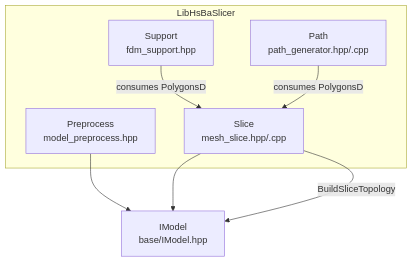
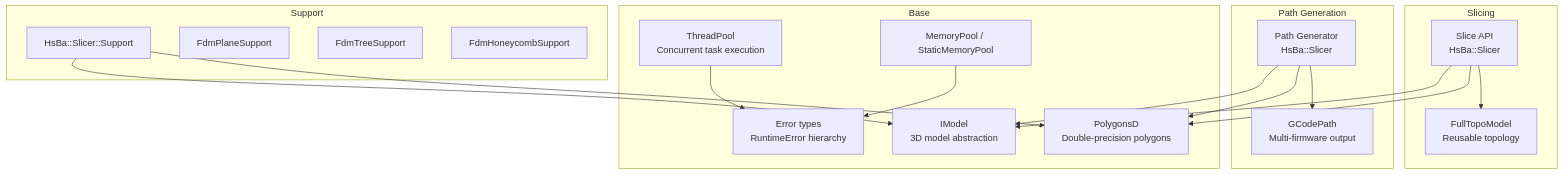
The first of 8 diagrams in .qoder/repowiki/en/content/API Reference/C++ Library API/C++ Library API.md (hsmbanlance/HsBaSlicer), drawn with Mermaid before and after one commit. The commit also changed other lines of this file and 1135 other files, not shown here.

````diff
--- a/.qoder/repowiki/en/content/API Reference/C++ Library API/C++ Library API.md
+++ b/.qoder/repowiki/en/content/API Reference/C++ Library API/C++ Library API.md
@@ -41,15 +49,34 @@
 ```mermaid
 graph TB
-subgraph "LibHsBaSlicer"
-PP["Preprocess<br/>model_preprocess.hpp"]
-SL["Slice<br/>mesh_slice.hpp/.cpp"]
-SP["Support<br/>fdm_support.hpp"]
-PG["Path<br/>path_generator.hpp/.cpp"]
+subgraph "Slicing"
+SliceAPI["Slice API<br/>HsBa::Slicer"]
+Topo["FullTopoModel<br/>Reusable topology"]
 end
-IM["IModel<br/>base/IModel.hpp"]
-PP --> IM
-SL --> IM
-SL --> |"BuildSliceTopology"| IM
-SP --> |"consumes PolygonsD"| SL
-PG --> |"consumes PolygonsD"| SL
+subgraph "Path Generation"
+PathGen["Path Generator<br/>HsBa::Slicer"]
+GCodePath["GCodePath<br/>Multi-firmware output"]
+end
+subgraph "Support"
+SupportNS["HsBa::Slicer::Support"]
+PlaneSup["FdmPlaneSupport"]
+TreeSup["FdmTreeSupport"]
+HoneySup["FdmHoneycombSupport"]
+end
+subgraph "Base"
+IModel["IModel<br/>3D model abstraction"]
+Polygons["PolygonsD<br/>Double-precision polygons"]
+Errors["Error types<br/>RuntimeError hierarchy"]
+ThreadPool["ThreadPool<br/>Concurrent task execution"]
+MemPool["MemoryPool / StaticMemoryPool"]
+end
+SliceAPI --> Topo
+SliceAPI --> Polygons
+PathGen --> GCodePath
+PathGen --> Polygons
+SupportNS --> Polygons
+SupportNS --> IModel
+SliceAPI --> IModel
+PathGen --> IModel
+ThreadPool --> Errors
+MemPool --> Errors
 ```
````
